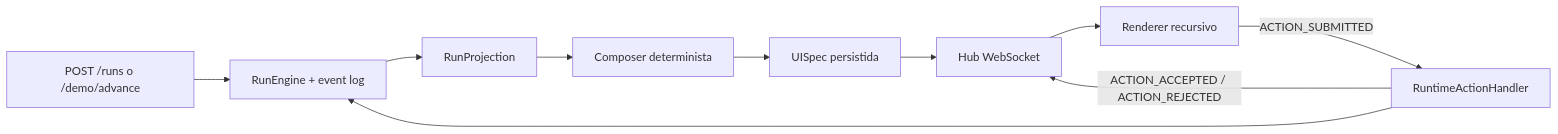
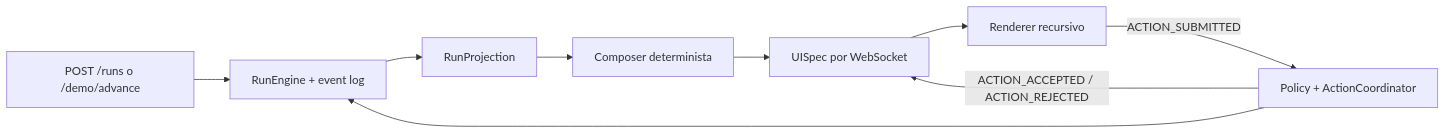
One commit to KernelPanic04/Hack-a-ton-end changed the diagram in README.md. Above: the diagram before and after it, drawn with Mermaid. The commit also changed other lines of this file, not shown here.

Commit message:
fix: close phase 1 and phase 2 backend gates

````diff
--- a/README.md
+++ b/README.md
@@ -25,12 +26,11 @@
 ```mermaid
 flowchart LR
     HTTP[POST /runs o /demo/advance] --> Engine[RunEngine + event log]
     Engine --> Projection[RunProjection]
     Projection --> Composer[Composer determinista]
-    Composer --> UI[UISpec persistida]
-    UI --> WS[Hub WebSocket]
+    Composer --> WS[UISpec por WebSocket]
     WS --> Frontend[Renderer recursivo]
-    Frontend -->|ACTION_SUBMITTED| Actions[RuntimeActionHandler]
-    Actions -->|ACTION_ACCEPTED / ACTION_REJECTED| WS
-    Actions --> Engine
+    Frontend -->|ACTION_SUBMITTED| Policy[Policy + ActionCoordinator]
+    Policy -->|ACTION_ACCEPTED / ACTION_REJECTED| WS
+    Policy --> Engine
 ```
````
